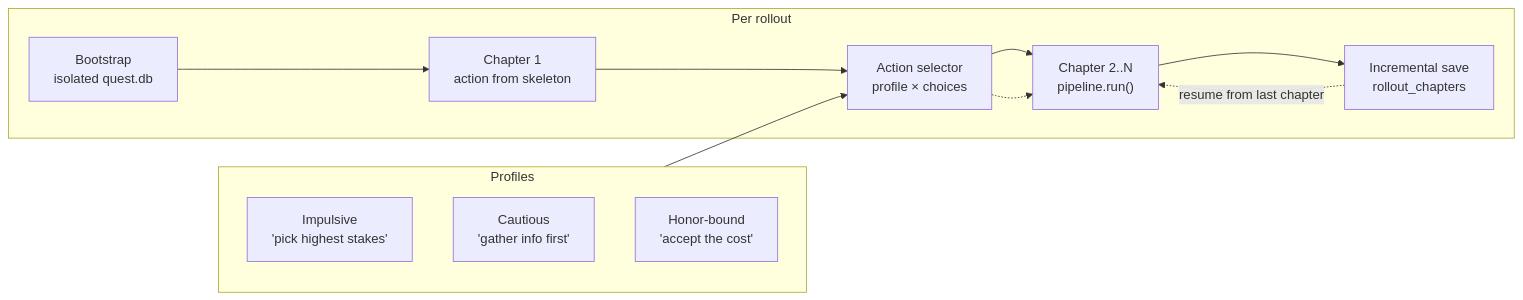
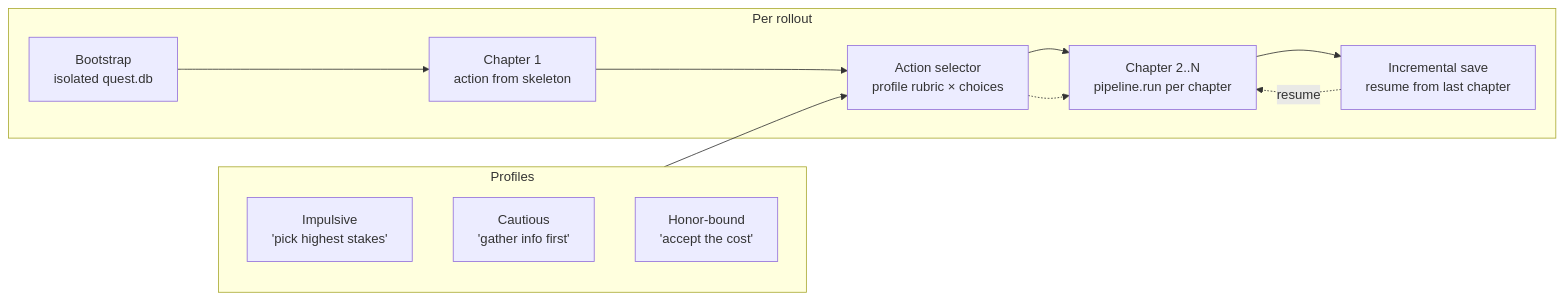
One commit to RPP1011/quest_game changed the third of 7 diagrams in docs/technical-report-2026-04-15-16.md. Above: the diagram before and after it, drawn with Mermaid. The commit also changed other lines of this file, not shown here.

First line of the commit message:
docs: rewrite technical report — strip debugging, focus on architecture

```diff
--- a/docs/technical-report-2026-04-15-16.md
+++ b/docs/technical-report-2026-04-15-16.md
@@ -229,23 +128,23 @@
 <pre class="mermaid" markdown="0">
 flowchart LR
     subgraph "Per rollout"
         BOOT["Bootstrap<br/>isolated quest.db"]
         CH1["Chapter 1<br/>action from skeleton"]
-        SEL["Action selector<br/>profile × choices"]
-        CH2["Chapter 2..N<br/>pipeline.run()"]
-        SAVE["Incremental save<br/>rollout_chapters"]
+        SEL["Action selector<br/>profile rubric × choices"]
+        CH2["Chapter 2..N<br/>pipeline.run per chapter"]
+        SAVE["Incremental save<br/>resume from last chapter"]
     end
-    
+
     BOOT --> CH1 --> SEL --> CH2
     CH2 --> SAVE
     SEL -.-> CH2
-    SAVE -.->|resume from last chapter| CH2
-    
+    SAVE -.->|resume| CH2
+
     subgraph Profiles
         IMP["Impulsive<br/>'pick highest stakes'"]
         CAU["Cautious<br/>'gather info first'"]
         HON["Honor-bound<br/>'accept the cost'"]
     end
-    
+
     Profiles --> SEL
 </pre>
```
